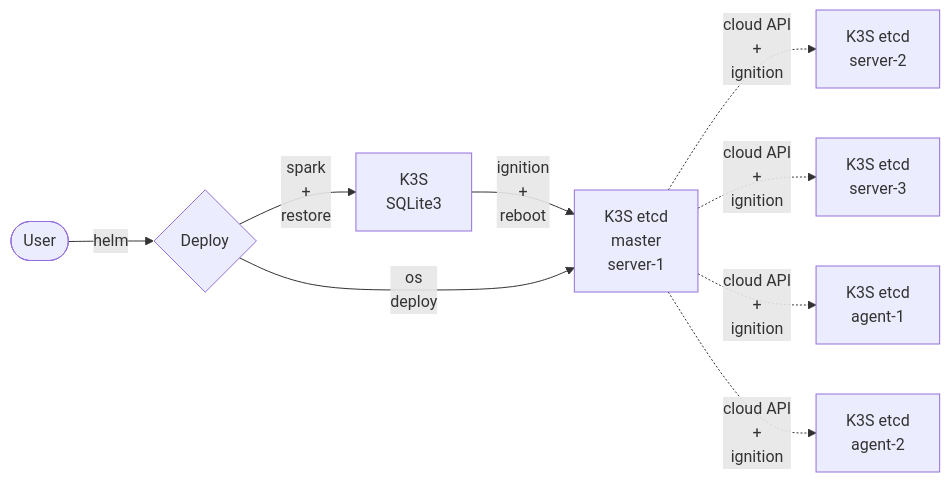
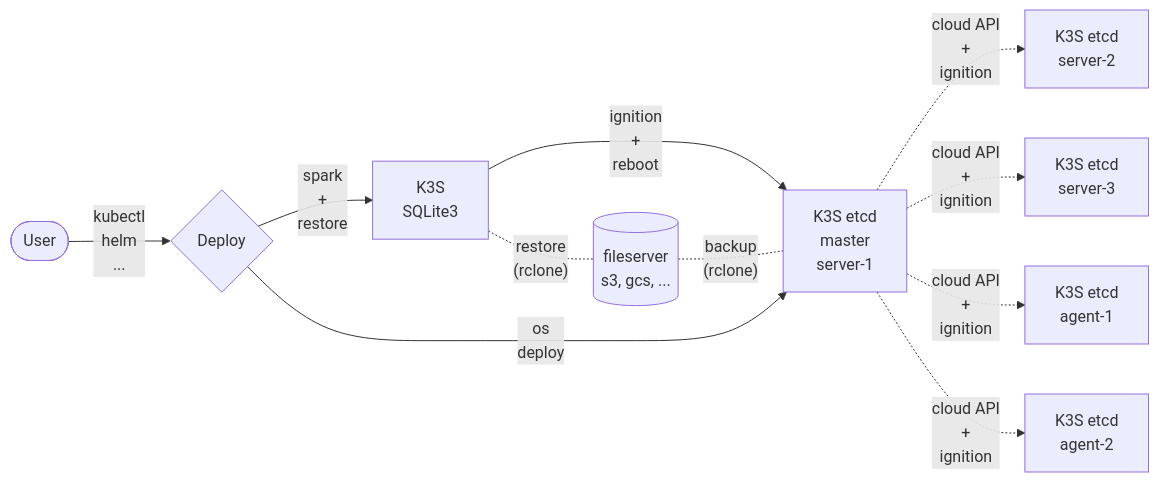
Before and after one commit to sfmunoz/i12e: the diagram in README.md, drawn with Mermaid.

Commit message:
README.md: architecture provided with backup/restore details

````diff
--- a/README.md
+++ b/README.md
@@ -18,19 +18,21 @@
 ```mermaid
 flowchart LR
     u(["User"])
     ks["K3S<br/>SQLite3"]
     ke1["K3S etcd<br/>master<br/>server-1"]
     ke2["K3S etcd<br/>server-2"]
     ke3["K3S etcd<br/>server-3"]
     ke4["K3S etcd<br/>agent-1"]
     ke5["K3S etcd<br/>agent-2"]
+    fs[("fileserver<br/>s3, gcs, ...")] 
     d{"Deploy"}
-    u -->|"helm"| d
+    u -->|"kubectl<br/>helm<br/>..."| d
     d -->|"spark<br/>+<br/>restore"| ks
     ks -->|"ignition<br/>+<br/>reboot"| ke1
     d -->|"os<br/>deploy"| ke1
     ke1 -.->|cloud API<br/>+<br/>ignition| ke2
     ke1 -.->|cloud API<br/>+<br/>ignition| ke3
     ke1 -.->|cloud API<br/>+<br/>ignition| ke4
     ke1 -.->|cloud API<br/>+<br/>ignition| ke5
+    ks -.-|"restore<br/>(rclone)"| fs -.-|"backup<br/>(rclone)"| ke1
 ```
````
